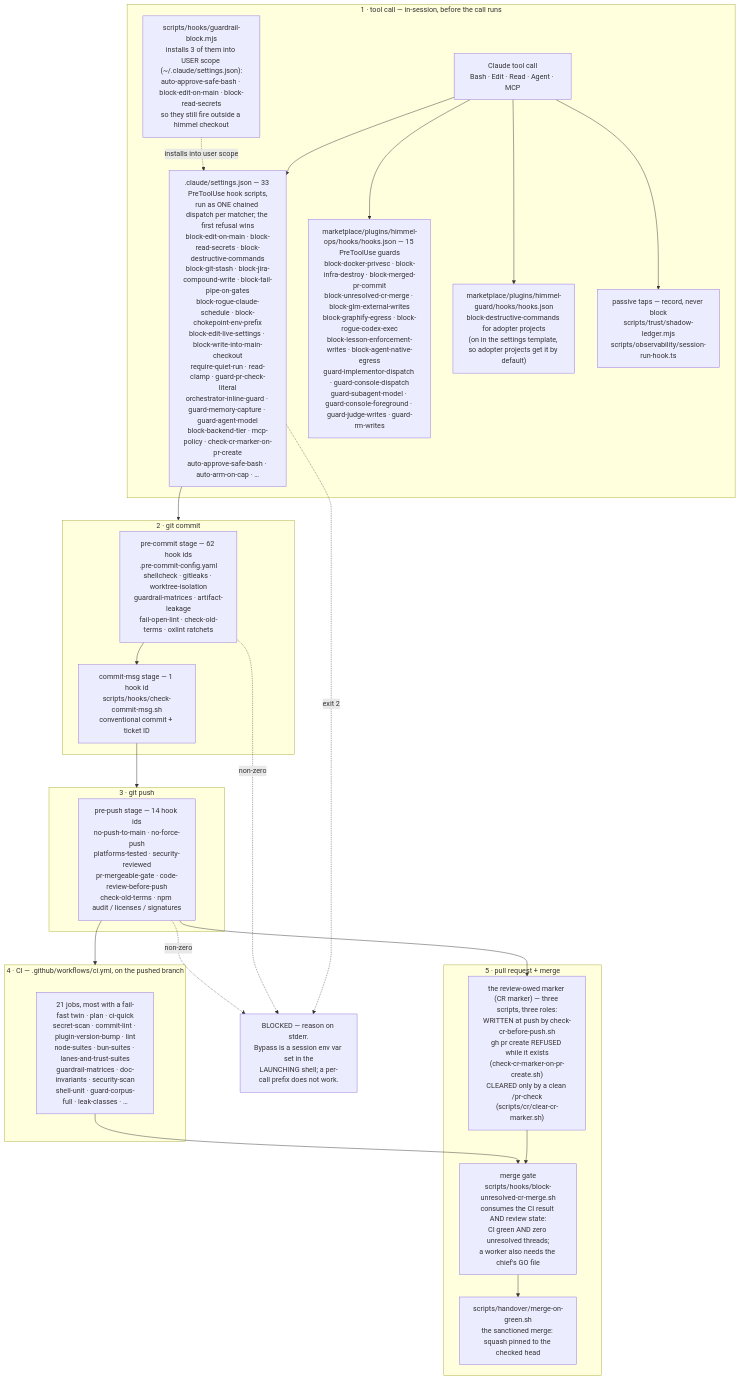
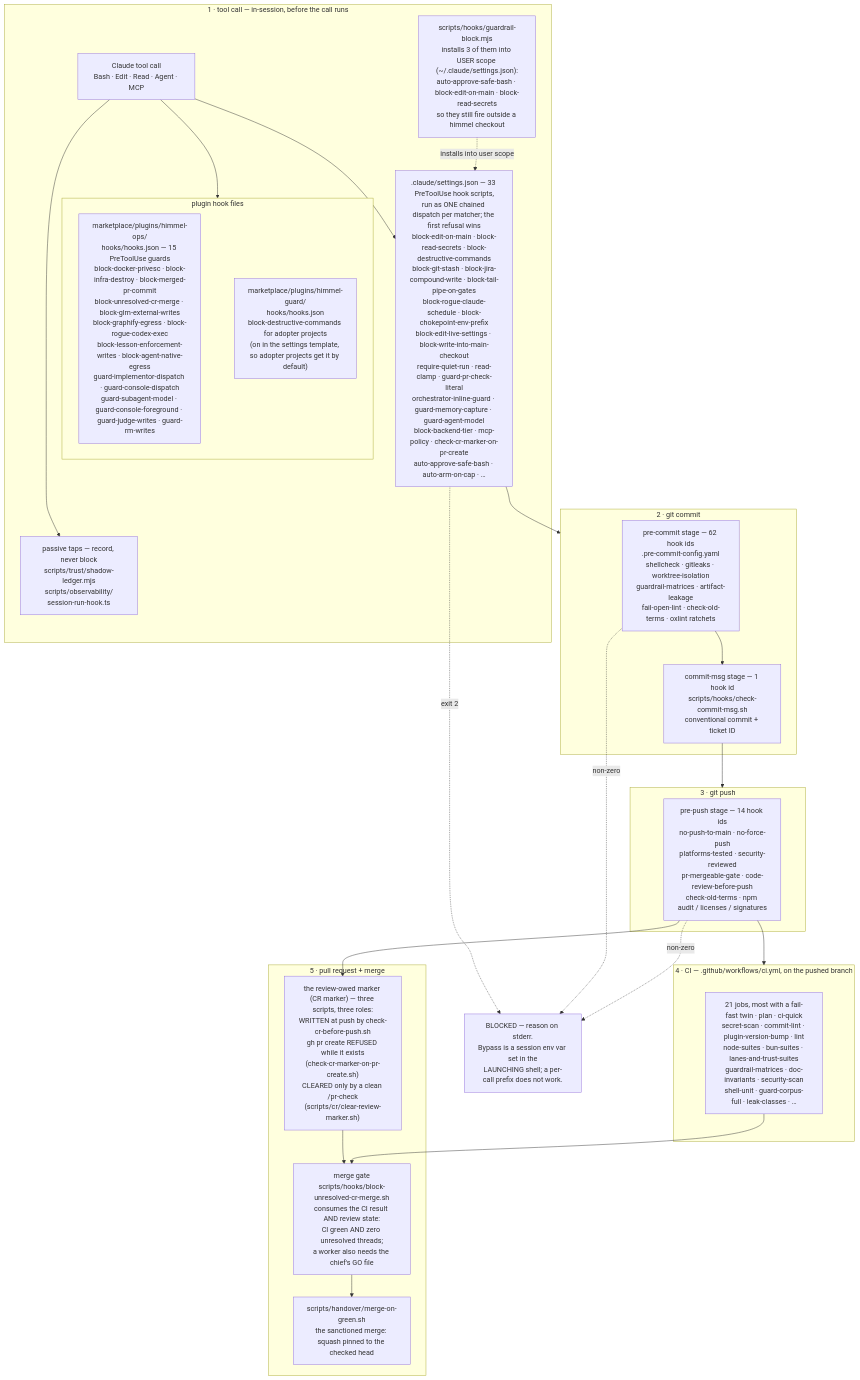
One commit to Goomal/Himmel changed the first of 5 diagrams in docs/architecture.md. Above: the diagram before and after it, drawn with Mermaid. The commit also changed other lines of this file and 9 other files, not shown here.

First line of the commit message:
feat(docs-site): [HIMMEL-7480] the docs site draws its diagrams with pele, themed to the site (#3832)

````diff
--- a/docs/architecture.md
+++ b/docs/architecture.md
@@ -46,48 +46,51 @@
 ```mermaid
 flowchart TD
     subgraph S1["1 · tool call — in-session, before the call runs"]
         TC["Claude tool call<br/>Bash · Edit · Read · Agent · MCP"]
         H1[".claude/settings.json — 33 PreToolUse hook scripts,<br/>run as ONE chained dispatch per matcher; the first refusal wins<br/>block-edit-on-main · block-read-secrets · block-destructive-commands<br/>block-git-stash · block-jira-compound-write · block-tail-pipe-on-gates<br/>block-rogue-claude-schedule · block-chokepoint-env-prefix<br/>block-edit-live-settings · block-write-into-main-checkout<br/>require-quiet-run · read-clamp · guard-pr-check-literal<br/>orchestrator-inline-guard · guard-memory-capture · guard-agent-model<br/>block-backend-tier · mcp-policy · check-cr-marker-on-pr-create<br/>auto-approve-safe-bash · auto-arm-on-cap · …"]
-        H2["marketplace/plugins/himmel-ops/hooks/hooks.json — 15 PreToolUse guards<br/>block-docker-privesc · block-infra-destroy · block-merged-pr-commit<br/>block-unresolved-cr-merge · block-glm-external-writes<br/>block-graphify-egress · block-rogue-codex-exec<br/>block-lesson-enforcement-writes · block-agent-native-egress<br/>guard-implementor-dispatch · guard-console-dispatch<br/>guard-subagent-model · guard-console-foreground · guard-judge-writes · guard-rm-writes"]
-        HG["marketplace/plugins/himmel-guard/hooks/hooks.json<br/>block-destructive-commands for adopter projects<br/>(on in the settings template, so adopter projects get it by default)"]
+        subgraph PLUG["plugin hook files"]
+            H2["marketplace/plugins/himmel-ops/<br/>hooks/hooks.json — 15 PreToolUse guards<br/>block-docker-privesc · block-infra-destroy · block-merged-pr-commit<br/>block-unresolved-cr-merge · block-glm-external-writes<br/>block-graphify-egress · block-rogue-codex-exec<br/>block-lesson-enforcement-writes · block-agent-native-egress<br/>guard-implementor-dispatch · guard-console-dispatch<br/>guard-subagent-model · guard-console-foreground · guard-judge-writes · guard-rm-writes"]
+            HG["marketplace/plugins/himmel-guard/<br/>hooks/hooks.json<br/>block-destructive-commands for adopter projects<br/>(on in the settings template, so adopter projects get it by default)"]
+            H2 ~~~ HG
+        end
         H3["scripts/hooks/guardrail-block.mjs<br/>installs 3 of them into USER scope (~/.claude/settings.json):<br/>auto-approve-safe-bash · block-edit-on-main · block-read-secrets<br/>so they still fire outside a himmel checkout"]
-        H4["passive taps — record, never block<br/>scripts/trust/shadow-ledger.mjs<br/>scripts/observability/session-run-hook.ts"]
+        H4["passive taps — record, never block<br/>scripts/trust/shadow-ledger.mjs<br/>scripts/observability/<br/>session-run-hook.ts"]
         TC --> H1
-        TC --> H2
-        TC --> HG
+        TC --> PLUG
         TC --> H4
+        PLUG ~~~ H4
         H3 -.->|"installs into user scope"| H1
     end
 
     subgraph S2["2 · git commit"]
         PC["pre-commit stage — 62 hook ids<br/>.pre-commit-config.yaml<br/>shellcheck · gitleaks · worktree-isolation<br/>guardrail-matrices · artifact-leakage<br/>fail-open-lint · check-old-terms · oxlint ratchets"]
         CM["commit-msg stage — 1 hook id<br/>scripts/hooks/check-commit-msg.sh<br/>conventional commit + ticket ID"]
         PC --> CM
     end
 
     subgraph S3["3 · git push"]
         PP["pre-push stage — 14 hook ids<br/>no-push-to-main · no-force-push<br/>platforms-tested · security-reviewed<br/>pr-mergeable-gate · code-review-before-push<br/>check-old-terms · npm audit / licenses / signatures"]
     end
 
     subgraph S4["4 · CI — .github/workflows/ci.yml, on the pushed branch"]
         CI["21 jobs, most with a fail-fast twin · plan · ci-quick<br/>secret-scan · commit-lint · plugin-version-bump · lint<br/>node-suites · bun-suites · lanes-and-trust-suites<br/>guardrail-matrices · doc-invariants · security-scan<br/>shell-unit · guard-corpus-full · leak-classes · …"]
     end
 
     subgraph S5["5 · pull request + merge"]
-        CR["the review-owed marker (CR marker) — three scripts, three roles:<br/>WRITTEN at push by check-cr-before-push.sh<br/>gh pr create REFUSED while it exists<br/>(check-cr-marker-on-pr-create.sh)<br/>CLEARED only by a clean /pr-check<br/>(scripts/cr/clear-cr-marker.sh)"]
+        CR["the review-owed marker (CR marker) — three scripts, three roles:<br/>WRITTEN at push by check-cr-before-push.sh<br/>gh pr create REFUSED while it exists<br/>(check-cr-marker-on-pr-create.sh)<br/>CLEARED only by a clean /pr-check<br/>(scripts/cr/clear-review-marker.sh)"]
         MG["merge gate<br/>scripts/hooks/block-unresolved-cr-merge.sh<br/>consumes the CI result AND review state:<br/>CI green AND zero unresolved threads;<br/>a worker also needs the chief's GO file"]
         MOG["scripts/handover/merge-on-green.sh<br/>the sanctioned merge: squash pinned to the checked head"]
         CR --> MG
         MG --> MOG
     end
 
     H1 --> S2
     CM --> S3
     PP --> S4
     PP --> CR
     CI --> MG
 
     H1 -.->|"exit 2"| BLOCK["BLOCKED — reason on stderr.<br/>Bypass is a session env var set in the<br/>LAUNCHING shell; a per-call prefix does not work."]
     PC -.->|"non-zero"| BLOCK
     PP -.->|"non-zero"| BLOCK
 ```
````
